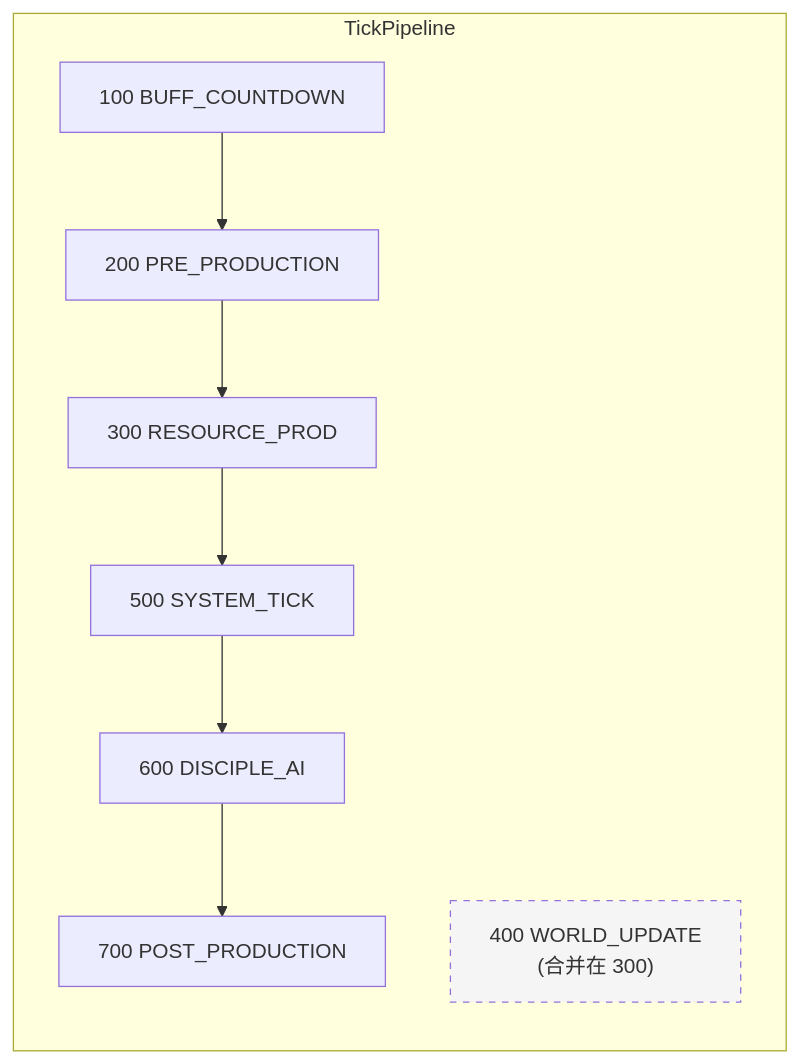
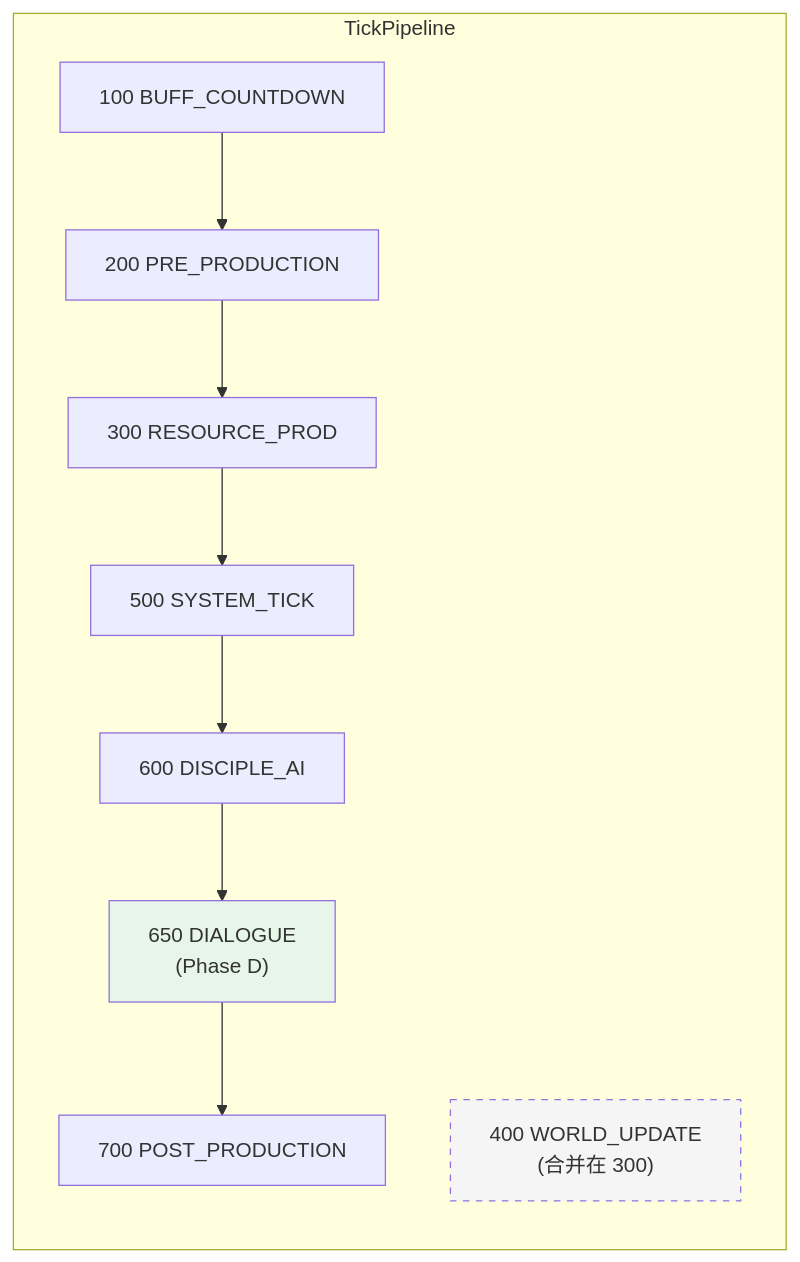
One commit to bennygray/7game changed the diagram in docs/design/arch/pipeline.md. Above: the diagram before and after it, drawn with Mermaid. The commit also changed other lines of this file and 29 other files, not shown here.

````diff
--- a/docs/design/arch/pipeline.md
+++ b/docs/design/arch/pipeline.md
@@ -14,14 +14,16 @@
 ```mermaid
 graph LR
     subgraph Pipeline["TickPipeline"]
         P100["100 BUFF_COUNTDOWN"]
         P200["200 PRE_PRODUCTION"]
         P300["300 RESOURCE_PROD"]
         P400["400 WORLD_UPDATE<br>(合并在 300)"]
         P500["500 SYSTEM_TICK"]
         P600["600 DISCIPLE_AI"]
+        P650["650 DIALOGUE<br>(Phase D)"]
         P700["700 POST_PRODUCTION"]
     end
-    P100 --> P200 --> P300 --> P500 --> P600 --> P700
+    P100 --> P200 --> P300 --> P500 --> P600 --> P650 --> P700
     style P400 fill:#f5f5f5,stroke-dasharray: 5 5
+    style P650 fill:#e8f5e9
 ```
````
